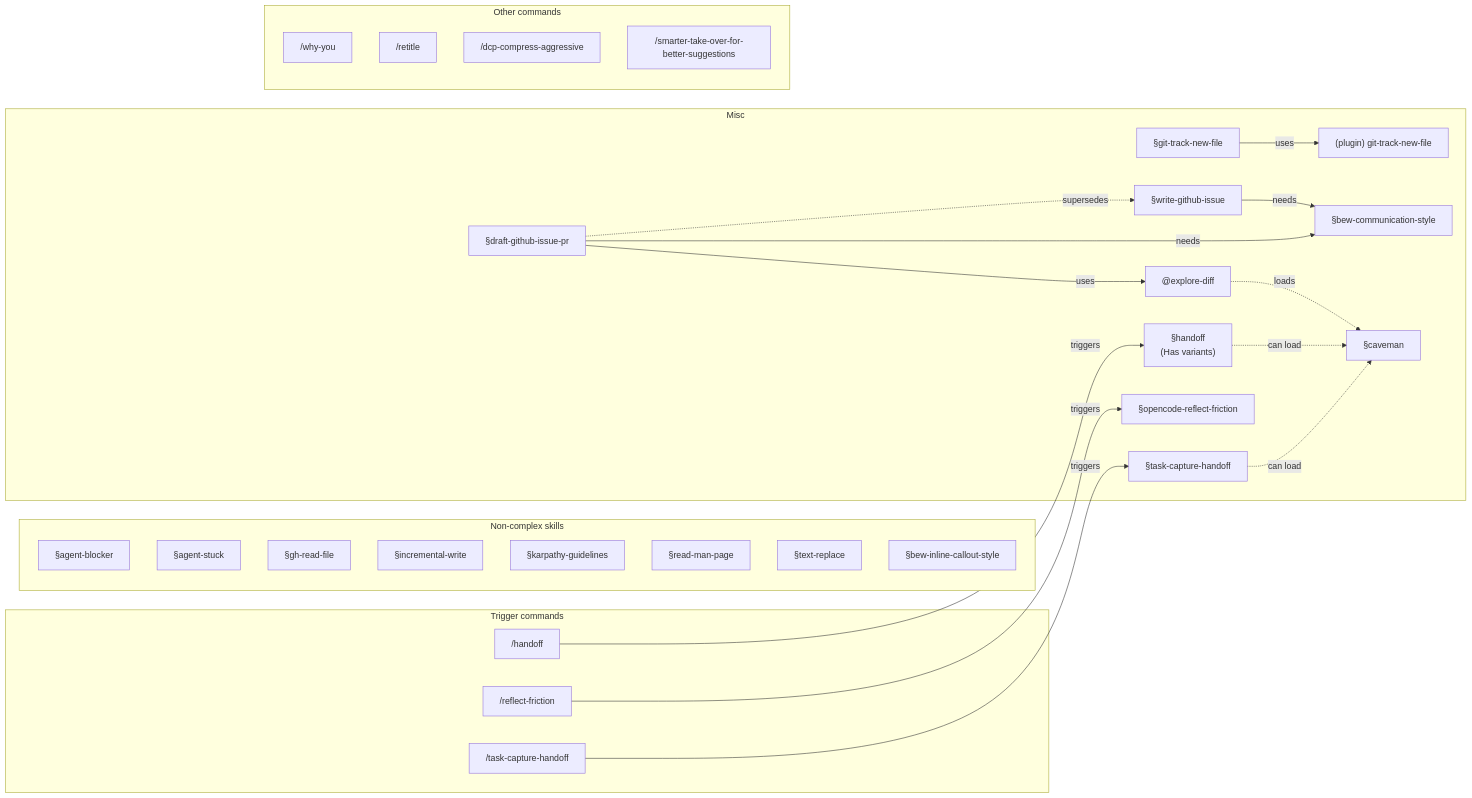
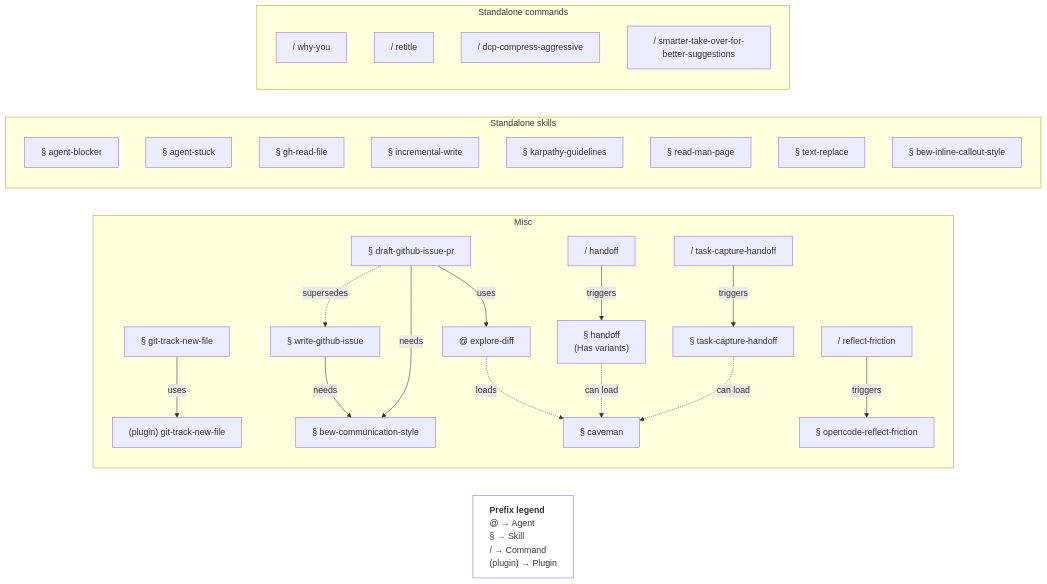
One commit to bew/dotfiles changed the second of 2 diagrams in opencode/MY_AI_STUFF.md. Above: the diagram before and after it, drawn with Mermaid. The commit also changed other lines of this file and 1 other file, not shown here.

First line of the commit message:
oc(docs): Fold trigger commands into their artefact groups

````diff
--- a/opencode/MY_AI_STUFF.md
+++ b/opencode/MY_AI_STUFF.md
@@ -107,52 +106,51 @@
 ```mermaid
 flowchart LR
   %% explore-diff is duplicated from the complex graph; it is not part of any group.
-  ag_explore_diff["@explore-diff"]
-
-  subgraph otherskills[Non-complex skills]
-    sk_agent_blocker["§agent-blocker"]
-    sk_agent_stuck["§agent-stuck"]
-    sk_gh_read_file["§gh-read-file"]
-    sk_incremental_write["§incremental-write"]
-    sk_karpathy["§karpathy-guidelines"]
-    sk_read_man_page["§read-man-page"]
-    sk_text_replace["§text-replace"]
-    sk_bew_callout["§bew-inline-callout-style"]
-  end
+  ag_explore_diff["@ explore-diff"]
+  legend["<b>Prefix legend</b><br/>@ → Agent<br/>§ → Skill<br/>/ → Command<br/>(plugin) → Plugin"]
+  style legend text-align:left,fill:none
 
   subgraph misc[Misc]
-    sk_handoff["§handoff<br/>(Has variants)"]
-    sk_task_capture["§task-capture-handoff"]
-    sk_git_track_skill["§git-track-new-file"]
+    sk_handoff["§ handoff<br/>(Has variants)"]
+    sk_task_capture["§ task-capture-handoff"]
+    sk_git_track_skill["§ git-track-new-file"]
     plug_git_track["(plugin) git-track-new-file"]
-    sk_github_issue["§write-github-issue"]
-    sk_draft_gh["§draft-github-issue-pr"]
-    sk_bew_comm_style["§bew-communication-style"]
-    sk_cav["§caveman"]
-    sk_reflect_frict["§opencode-reflect-friction"]
+    sk_github_issue["§ write-github-issue"]
+    sk_draft_gh["§ draft-github-issue-pr"]
+    sk_bew_comm_style["§ bew-communication-style"]
+    sk_cav["§ caveman"]
+    sk_reflect_frict["§ opencode-reflect-friction"]
+    cmd_handoff["/ handoff"]
+    cmd_friction["/ reflect-friction"]
+    cmd_task_capture["/ task-capture-handoff"]
     sk_git_track_skill -->|uses| plug_git_track
     sk_github_issue -->|needs| sk_bew_comm_style
     sk_draft_gh -->|needs| sk_bew_comm_style
     sk_draft_gh -->|uses| ag_explore_diff
     sk_draft_gh -. supersedes .-> sk_github_issue
     ag_explore_diff -. loads .-> sk_cav
     sk_handoff -. can load .-> sk_cav
     sk_task_capture -. can load .-> sk_cav
-  end
-
-  subgraph trig2[Trigger commands]
-    cmd_handoff["/handoff"]
-    cmd_friction["/reflect-friction"]
-    cmd_task_capture["/task-capture-handoff"]
     cmd_handoff -->|triggers| sk_handoff
     cmd_friction -->|triggers| sk_reflect_frict
     cmd_task_capture -->|triggers| sk_task_capture
   end
 
-  subgraph othercmds[Other commands]
-    cmd_why_you["/why-you"]
-    cmd_retitle["/retitle"]
-    cmd_dcp_aggressive["/dcp-compress-aggressive"]
-    cmd_smarter_takeover["/smarter-take-over-for-better-suggestions"]
+  subgraph otherskills[Standalone skills]
+    sk_agent_blocker["§ agent-blocker"]
+    sk_agent_stuck["§ agent-stuck"]
+    sk_gh_read_file["§ gh-read-file"]
+    sk_incremental_write["§ incremental-write"]
+    sk_karpathy["§ karpathy-guidelines"]
+    sk_read_man_page["§ read-man-page"]
+    sk_text_replace["§ text-replace"]
+    sk_bew_callout["§ bew-inline-callout-style"]
+  end
+
+  subgraph othercmds[Standalone commands]
+    cmd_why_you["/ why-you"]
+    cmd_retitle["/ retitle"]
+    cmd_dcp_aggressive["/ dcp-compress-aggressive"]
+    cmd_smarter_takeover["/ smarter-take-over-for-better-suggestions"]
   end
 ```
````
